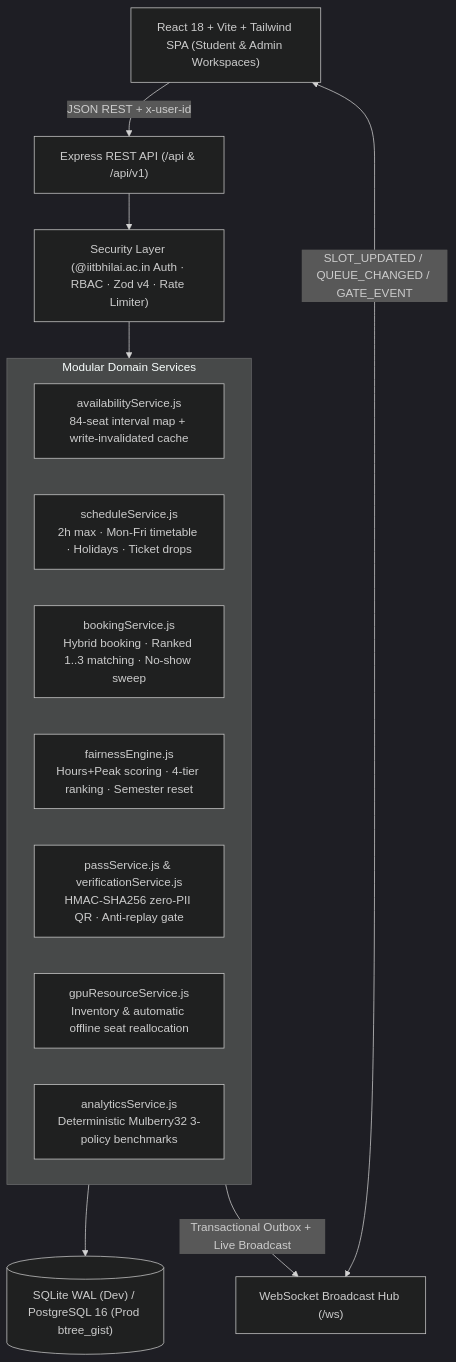
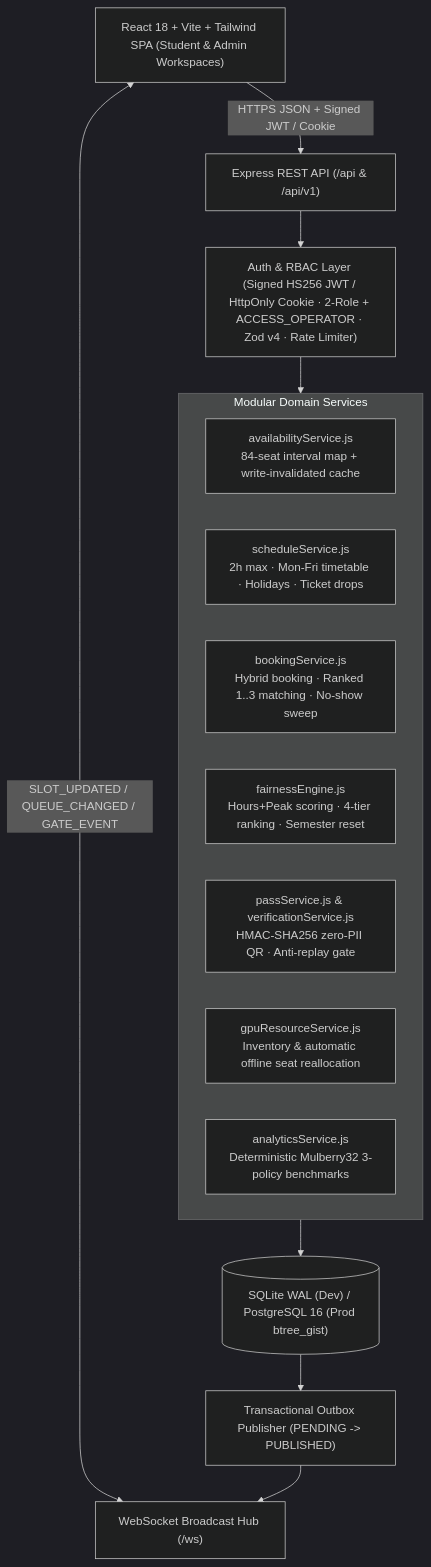
Before and after one commit to gnshx/FAIR-LAB: the first of 3 diagrams in README.md, drawn with Mermaid (dark theme). The commit also changed other lines of this file and 13 other files, not shown here.

Commit message:
Phase 9: security(auth+outbox+hld) — signed HS256 JWT/cookie auth, 2-role + ACCESS_OPERATOR RBAC, atomic contention check, Transactional Outbox publisher & 17-section final HLD+LLD

````diff
--- a/README.md
+++ b/README.md
@@ -78,25 +78,26 @@
 ```mermaid
 flowchart TD
     UI["React 18 + Vite + Tailwind SPA (Student & Admin Workspaces)"]
     WS["WebSocket Broadcast Hub (/ws)"]
     API["Express REST API (/api & /api/v1)"]
-    SEC["Security Layer (@iitbhilai.ac.in Auth · RBAC · Zod v4 · Rate Limiter)"]
+    SEC["Auth & RBAC Layer (Signed HS256 JWT / HttpOnly Cookie · 2-Role + ACCESS_OPERATOR · Zod v4 · Rate Limiter)"]
 
     subgraph Core["Modular Domain Services"]
         AV["availabilityService.js\n84-seat interval map + write-invalidated cache"]
         SC["scheduleService.js\n2h max · Mon-Fri timetable · Holidays · Ticket drops"]
         BK["bookingService.js\nHybrid booking · Ranked 1..3 matching · No-show sweep"]
         FR["fairnessEngine.js\nHours+Peak scoring · 4-tier ranking · Semester reset"]
         QR["passService.js & verificationService.js\nHMAC-SHA256 zero-PII QR · Anti-replay gate"]
         RS["gpuResourceService.js\nInventory & automatic offline seat reallocation"]
         AN["analyticsService.js\nDeterministic Mulberry32 3-policy benchmarks"]
     end
 
     DB[("SQLite WAL (Dev) / PostgreSQL 16 (Prod btree_gist)")]
+    OB["Transactional Outbox Publisher (PENDING -> PUBLISHED)"]
 
-    UI -->|"JSON REST + x-user-id"| API
+    UI -->|"HTTPS JSON + Signed JWT / Cookie"| API
     UI <-->|"SLOT_UPDATED / QUEUE_CHANGED / GATE_EVENT"| WS
     API --> SEC --> Core
     Core --> DB
-    Core -->|"Transactional Outbox + Live Broadcast"| WS
+    DB --> OB --> WS
 ```
````
